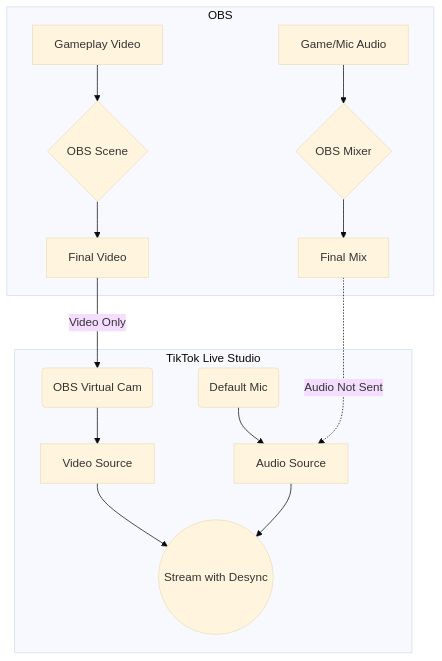
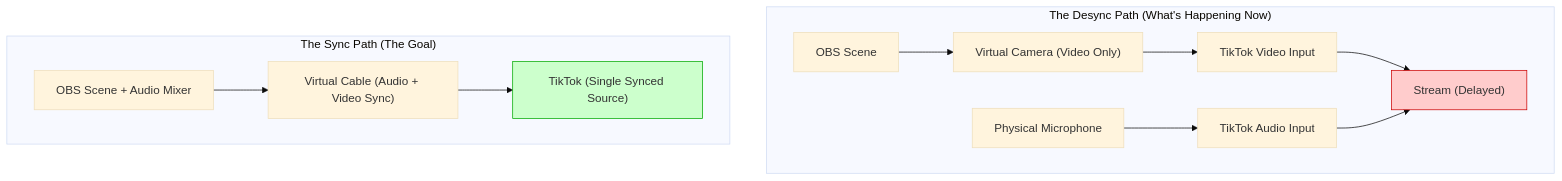
The diagram in data/blog/obs-audio-desync-tiktok-live-fix-2026.mdx (littl3-boat/ttwise), drawn with Mermaid (base theme) before and after one commit. The commit also changed other lines of this file, not shown here.

Commit message:
feat: regenerate obs audio sync blog with correct mermaid diagram and date

````diff
--- a/data/blog/obs-audio-desync-tiktok-live-fix-2026.mdx
+++ b/data/blog/obs-audio-desync-tiktok-live-fix-2026.mdx
@@ -31,17 +26,16 @@
 ```mermaid
 graph TD
-    subgraph OBS
-        A[Game/Mic Audio] --> B{OBS Mixer};
-        C[Gameplay Video] --> D{OBS Scene};
-        B --> E[Final Mix];
-        D --> F[Final Video];
+    subgraph "The Desync Path (What's Happening Now)"
+        A["OBS Scene"] --> B["Virtual Camera (Video Only)"]
+        B --> C["TikTok Video Input"]
+        D["Physical Microphone"] --> E["TikTok Audio Input"]
+        C --> F["Stream (Delayed)"]
+        E --> F
     end
-    subgraph "TikTok Live Studio"
-        G(OBS Virtual Cam) --> H[Video Source]
-        I(Default Mic) --> J[Audio Source]
-        H --> K((Stream with Desync))
-        J --> K
+    subgraph "The Sync Path (The Goal)"
+        G["OBS Scene + Audio Mixer"] --> H["Virtual Cable (Audio + Video Sync)"]
+        H --> I["TikTok (Single Synced Source)"]
     end
-    F -- Video Only --> G;
-    E -. Audio Not Sent .-> J;
+    style F fill:#ffcccc,stroke:#cc0000
+    style I fill:#ccffcc,stroke:#00aa00
 ```
````
